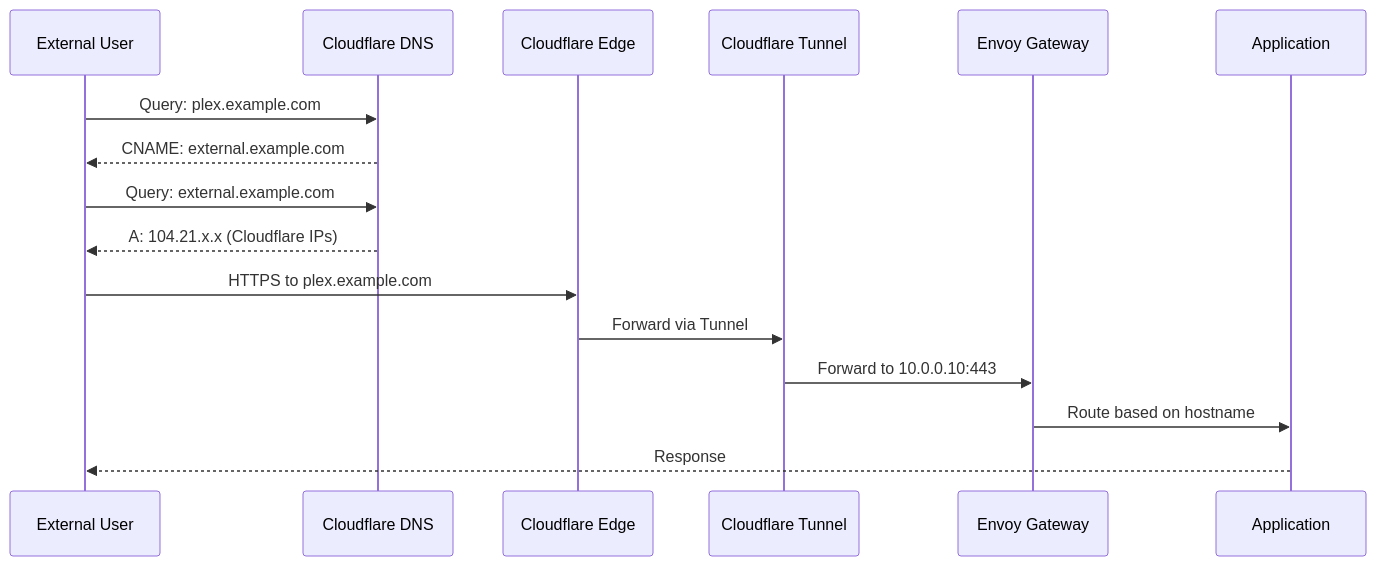
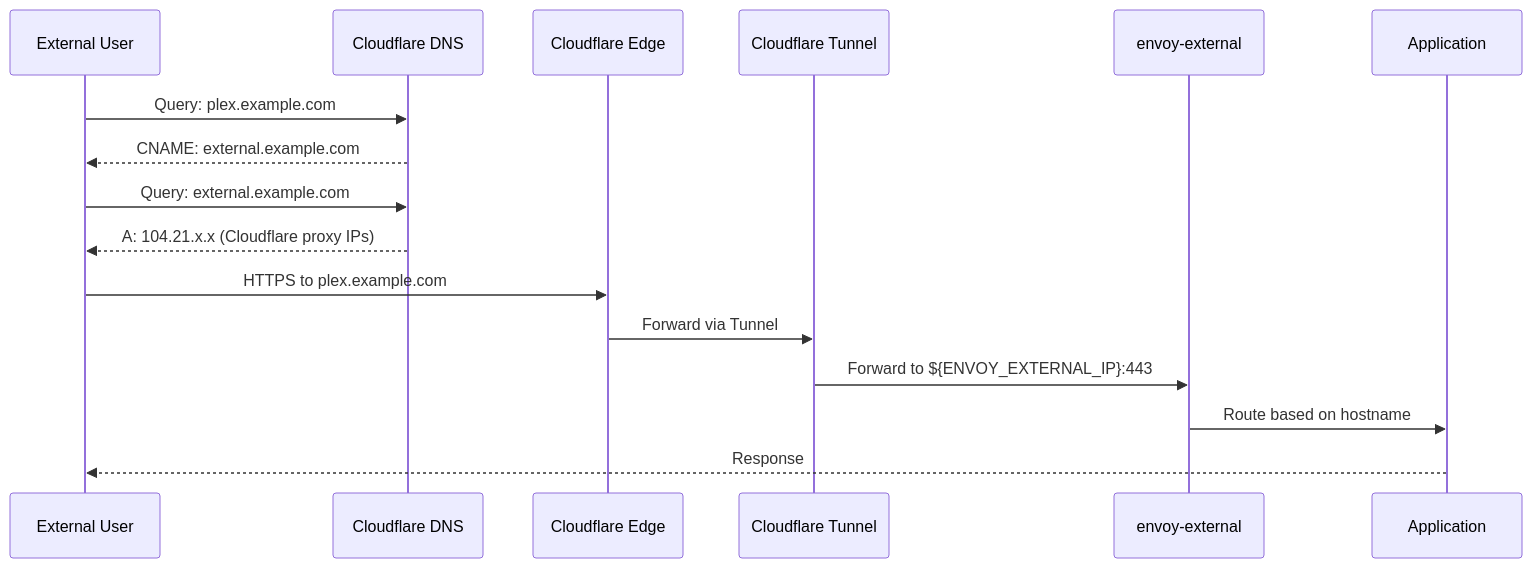
Before and after one commit to LukeEvansTech/talos-cluster: the second of 6 diagrams in docs/docs/architecture/split-dns.md, drawn with Mermaid. The commit also changed other lines of this file and 28 other files, not shown here.

````diff
--- a/docs/docs/architecture/split-dns.md
+++ b/docs/docs/architecture/split-dns.md
@@ -56,19 +59,19 @@
 ```mermaid
 sequenceDiagram
     participant User as External User
     participant DNS as Cloudflare DNS
     participant CFEdge as Cloudflare Edge
     participant Tunnel as Cloudflare Tunnel
-    participant Envoy as Envoy Gateway
+    participant Envoy as envoy-external
     participant App as Application
 
     User->>DNS: Query: plex.example.com
     DNS-->>User: CNAME: external.example.com
     User->>DNS: Query: external.example.com
-    DNS-->>User: A: 104.21.x.x (Cloudflare IPs)
+    DNS-->>User: A: 104.21.x.x (Cloudflare proxy IPs)
     User->>CFEdge: HTTPS to plex.example.com
     CFEdge->>Tunnel: Forward via Tunnel
-    Tunnel->>Envoy: Forward to 10.0.0.10:443
+    Tunnel->>Envoy: Forward to ${ENVOY_EXTERNAL_IP}:443
     Envoy->>App: Route based on hostname
     App-->>User: Response
 ```
````
